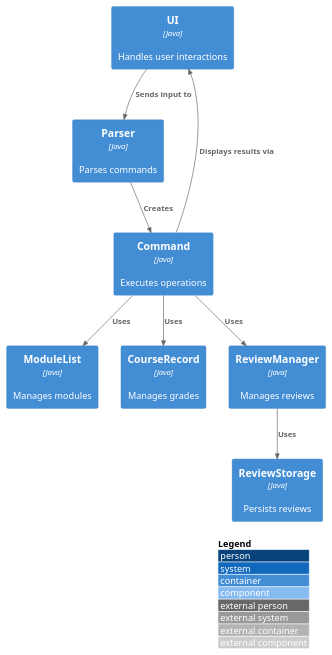
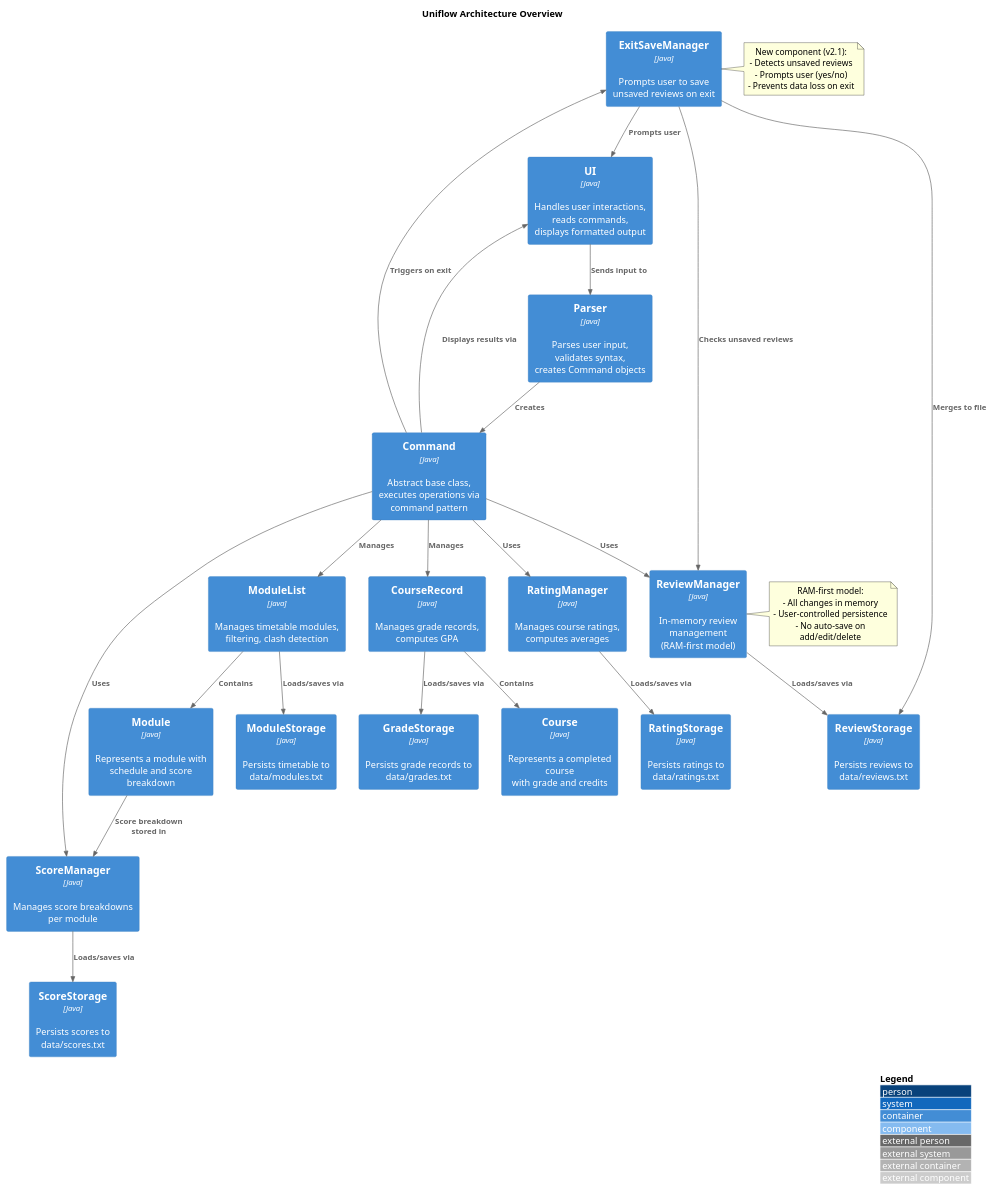
One commit to AY2526S1-CS2113-T10-3/tp changed the diagram in docs/diagrams/ArchitectureOverview.puml. Above: the diagram before and after it, drawn with PlantUML. The commit also changed 2 other files, not shown here.

Commit message:
Modify architecture overview

```diff
--- a/docs/diagrams/ArchitectureOverview.puml
+++ b/docs/diagrams/ArchitectureOverview.puml
@@ -1,22 +1,64 @@
 @startuml
 !include https://raw.githubusercontent.com/plantuml-stdlib/C4-PlantUML/master/C4_Component.puml
 
 LAYOUT_WITH_LEGEND()
 
-Container(ui, "UI", "Java", "Handles user interactions")
-Container(parser, "Parser", "Java", "Parses commands")
-Container(command, "Command", "Java", "Executes operations")
-Container(moduleList, "ModuleList", "Java", "Manages modules")
-Container(courseRecord, "CourseRecord", "Java", "Manages grades")
-Container(reviewManager, "ReviewManager", "Java", "Manages reviews")
-Container(storage, "ReviewStorage", "Java", "Persists reviews")
+title Uniflow Architecture Overview
+
+Container(ui, "UI", "Java", "Handles user interactions,\nreads commands,\ndisplays formatted output")
+Container(parser, "Parser", "Java", "Parses user input,\nvalidates syntax,\ncreates Command objects")
+Container(command, "Command", "Java", "Abstract base class,\nexecutes operations via\ncommand pattern")
+Container(moduleList, "ModuleList", "Java", "Manages timetable modules,\nfiltering, clash detection")
+Container(module, "Module", "Java", "Represents a module with\nschedule and score breakdown")
+Container(courseRecord, "CourseRecord", "Java", "Manages grade records,\ncomputes GPA")
+Container(course, "Course", "Java", "Represents a completed course\nwith grade and credits")
+Container(reviewManager, "ReviewManager", "Java", "In-memory review management\n(RAM-first model)")
+Container(reviewStorage, "ReviewStorage", "Java", "Persists reviews to\ndata/reviews.txt")
+Container(exitSaveManager, "ExitSaveManager", "Java", "Prompts user to save\nunsaved reviews on exit")
+Container(ratingManager, "RatingManager", "Java", "Manages course ratings,\ncomputes averages")
+Container(ratingStorage, "RatingStorage", "Java", "Persists ratings to\ndata/ratings.txt")
+Container(scoreManager, "ScoreManager", "Java", "Manages score breakdowns\nper module")
+Container(scoreStorage, "ScoreStorage", "Java", "Persists scores to\ndata/scores.txt")
+Container(gradeStorage, "GradeStorage", "Java", "Persists grade records to\ndata/grades.txt")
+Container(moduleStorage, "ModuleStorage", "Java", "Persists timetable to\ndata/modules.txt")
 
 Rel(ui, parser, "Sends input to")
 Rel(parser, command, "Creates")
-Rel(command, moduleList, "Uses")
-Rel(command, courseRecord, "Uses")
+Rel(command, ui, "Displays results via")
+Rel(command, moduleList, "Manages")
+Rel(command, courseRecord, "Manages")
 Rel(command, reviewManager, "Uses")
-Rel(reviewManager, storage, "Uses")
-Rel(command, ui, "Displays results via")
+Rel(command, ratingManager, "Uses")
+Rel(command, scoreManager, "Uses")
+
+Rel(moduleList, module, "Contains")
+Rel(courseRecord, course, "Contains")
+
+Rel(reviewManager, reviewStorage, "Loads/saves via")
+Rel(ratingManager, ratingStorage, "Loads/saves via")
+Rel(scoreManager, scoreStorage, "Loads/saves via")
+Rel(courseRecord, gradeStorage, "Loads/saves via")
+Rel(moduleList, moduleStorage, "Loads/saves via")
+
+Rel(exitSaveManager, reviewManager, "Checks unsaved reviews")
+Rel(exitSaveManager, reviewStorage, "Merges to file")
+Rel(exitSaveManager, ui, "Prompts user")
+Rel(command, exitSaveManager, "Triggers on exit")
+
+Rel(module, scoreManager, "Score breakdown\nstored in")
+
+note right of reviewManager
+  RAM-first model:
+  - All changes in memory
+  - User-controlled persistence
+  - No auto-save on add/edit/delete
+end note
+
+note right of exitSaveManager
+  New component (v2.1):
+  - Detects unsaved reviews
+  - Prompts user (yes/no)
+  - Prevents data loss on exit
+end note
 
 @enduml
```
